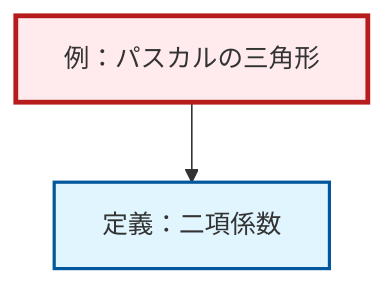
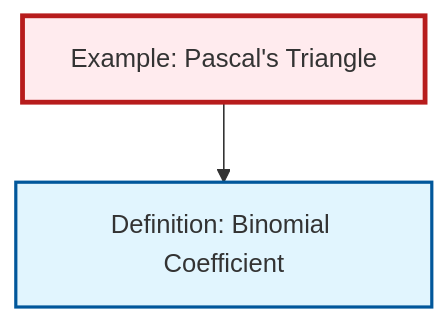
Before and after one commit to RK0429/ModernMath: the diagram in content/ja/combinatorics/ex-pascals-triangle.qmd, drawn with Mermaid. The commit also changed 203 other files, not shown here.

````diff
--- a/content/ja/combinatorics/ex-pascals-triangle.qmd
+++ b/content/ja/combinatorics/ex-pascals-triangle.qmd
@@ -72,15 +72,13 @@
 ```{mermaid}
-%%| fig-cap: "ローカル依存グラフ"
+%%| fig-cap: "Local dependency graph"
 graph TD
     classDef definition fill:#e1f5fe,stroke:#01579b,stroke-width:2px
     classDef theorem fill:#f3e5f5,stroke:#4a148c,stroke-width:2px
     classDef axiom fill:#fff3e0,stroke:#e65100,stroke-width:2px
     classDef example fill:#e8f5e9,stroke:#1b5e20,stroke-width:2px
     classDef current fill:#ffebee,stroke:#b71c1c,stroke-width:3px
-    def-binomial-coefficient["定義：二項係数"]:::definition
-    ex-pascals-triangle["例：パスカルの三角形"]:::example
+    ex-pascals-triangle["Example: Pascal's Triangle"]:::example
+    def-binomial-coefficient["Definition: Binomial Coefficient"]:::definition
     ex-pascals-triangle --> def-binomial-coefficient
     class ex-pascals-triangle current
-
-    click def-binomial-coefficient "def-binomial-coefficient.html" "Go to 定義：二項係数"
 ```
````
